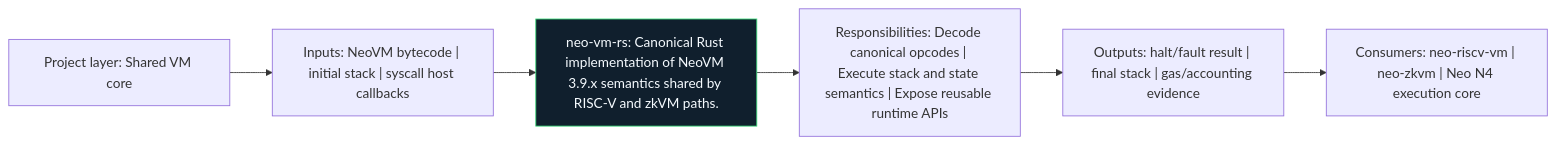
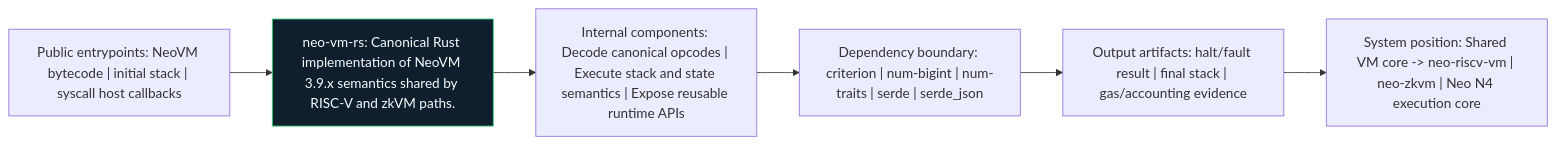
One commit to r3e-network/neo-vm-rs changed the diagram in docs/figures/architecture.mmd. Above: the diagram before and after it, drawn with Mermaid. The commit also changed 15 other files, not shown here.

```diff
--- a/docs/figures/architecture.mmd
+++ b/docs/figures/architecture.mmd
@@ -1,14 +1,14 @@
 flowchart LR
-    N1["Project layer: Shared VM core"]
-    N2["Inputs: NeoVM bytecode | initial stack | syscall host callbacks"]
-    N3["neo-vm-rs: Canonical Rust implementation of NeoVM 3.9.x semantics shared by RISC-V and zkVM paths."]
-    N4["Responsibilities: Decode canonical opcodes | Execute stack and state semantics | Expose reusable runtime APIs"]
-    N5["Outputs: halt/fault result | final stack | gas/accounting evidence"]
-    N6["Consumers: neo-riscv-vm | neo-zkvm | Neo N4 execution core"]
+    N1["Public entrypoints: NeoVM bytecode | initial stack | syscall host callbacks"]
+    N2["neo-vm-rs: Canonical Rust implementation of NeoVM 3.9.x semantics shared by RISC-V and zkVM paths."]
+    N3["Internal components: Decode canonical opcodes | Execute stack and state semantics | Expose reusable runtime APIs"]
+    N4["Dependency boundary: criterion | num-bigint | num-traits | serde | serde_json"]
+    N5["Output artifacts: halt/fault result | final stack | gas/accounting evidence"]
+    N6["System position: Shared VM core -> neo-riscv-vm | neo-zkvm | Neo N4 execution core"]
     N1 --> N2
     N2 --> N3
     N3 --> N4
     N4 --> N5
     N5 --> N6
     classDef crate fill:#101f2d,stroke:#38d978,color:#f6fbff
-    class N3 crate
+    class N2 crate
```
